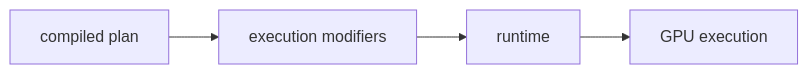
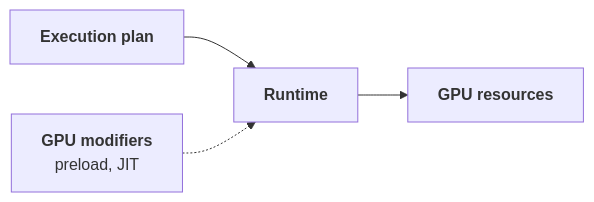
Before and after one commit to FAST-HEP/fasthep-flow: the second of 3 diagrams in docs/extending/execution-modifiers.md, drawn with Mermaid. The commit also changed other lines of this file and 9 other files, not shown here.

````diff
--- a/docs/extending/execution-modifiers.md
+++ b/docs/extending/execution-modifiers.md
@@ -90,11 +90,10 @@
 ```{mermaid}
 flowchart LR
-    Plan["compiled plan"]
-    Prepare["execution modifiers"]
-    Runtime["runtime"]
-    GPU["GPU execution"]
+    Plan["<b>Execution plan</b>"]:::plan
+    Runtime["<b>Runtime</b>"]:::runtime
+    Modifier["<b>GPU modifiers</b><br/>preload, JIT"]:::capability
+    GPU["<b>GPU resources</b>"]:::runtime
 
-    Plan --> Prepare
-    Prepare --> Runtime
-    Runtime --> GPU
+    Plan --> Runtime --> GPU
+    Modifier -.-> Runtime
 ```
````
